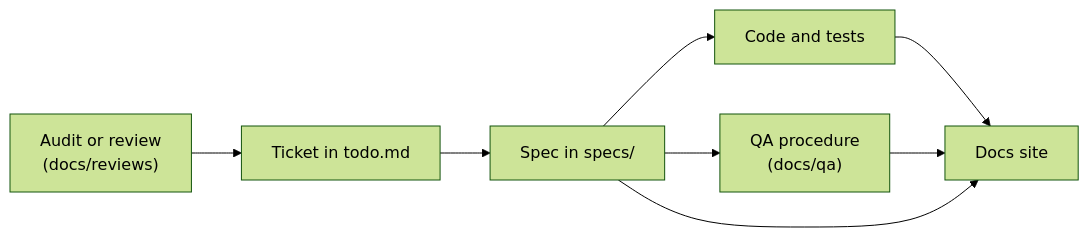
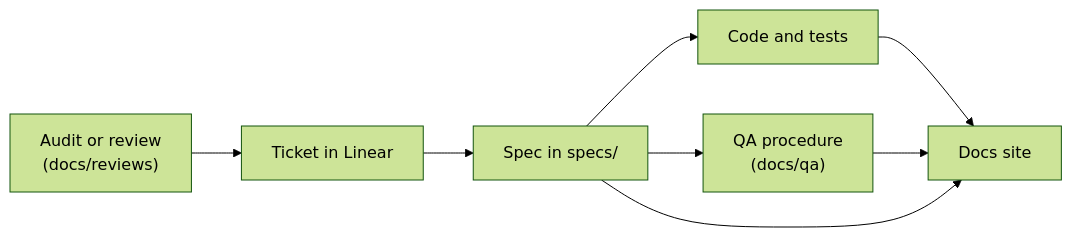
Before and after one commit to miketak/carbonos: the second of 2 diagrams in docs/explanation/spec-workflow.md, drawn with Mermaid (forest theme). The commit also changed other lines of this file and 7 other files, not shown here.

First line of the commit message:
chore: the open work moves from todo.md to Linear; the file is kept empty (#165)

````diff
--- a/docs/explanation/spec-workflow.md
+++ b/docs/explanation/spec-workflow.md
@@ -53,12 +53,12 @@
 ```mermaid
 flowchart LR
     accTitle: Where a spec sits
     accDescr: An audit finding becomes a backlog ticket, the ticket becomes a spec, the spec drives code, tests and a QA procedure, and the docs site links all of them.
-    audit["Audit or review\n(docs/reviews)"] --> ticket["Ticket in todo.md"]
+    audit["Audit or review\n(docs/reviews)"] --> ticket["Ticket in Linear"]
     ticket --> spec["Spec in specs/"]
     spec --> code["Code and tests"]
     spec --> qa["QA procedure\n(docs/qa)"]
     code --> site["Docs site"]
     qa --> site
     spec --> site
 ```
````
